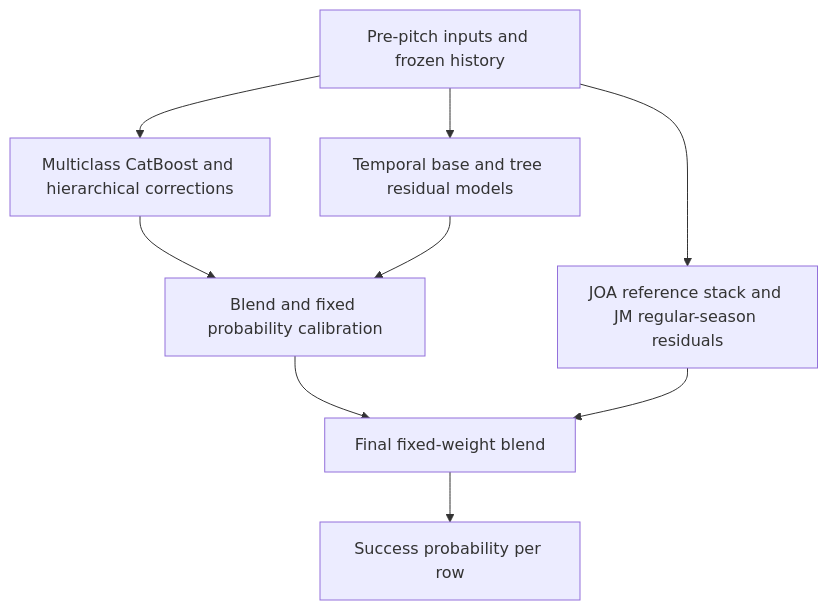
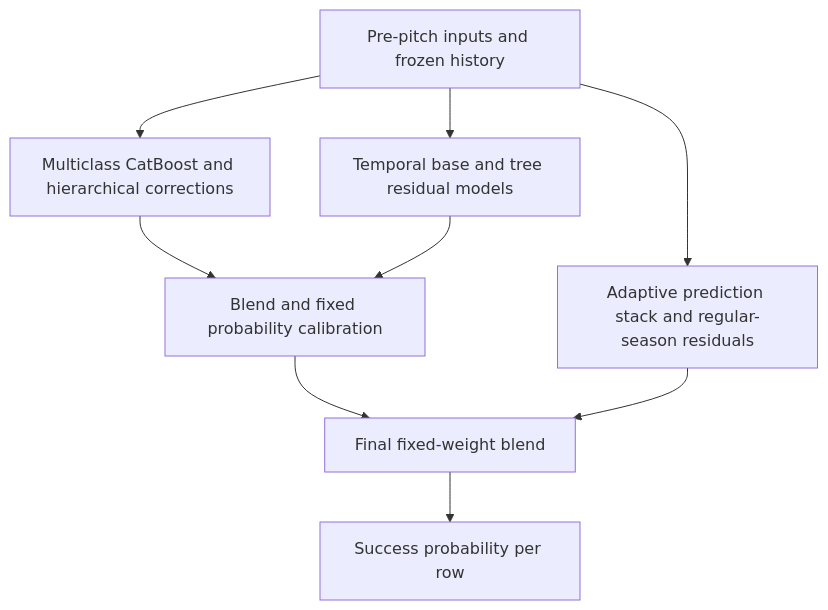
The diagram in README.md (this-acorn/LGAimers), drawn with Mermaid before and after one commit. The commit also changed other lines of this file and 3 other files, not shown here.

````diff
--- a/README.md
+++ b/README.md
@@ -64,11 +64,11 @@
 ```mermaid
 flowchart TD
     A[Pre-pitch inputs and frozen history] --> B[Multiclass CatBoost and hierarchical corrections]
     A --> C[Temporal base and tree residual models]
     B --> D[Blend and fixed probability calibration]
     C --> D
-    A --> E[JOA reference stack and JM regular-season residuals]
+    A --> E[Adaptive prediction stack and regular-season residuals]
     D --> F[Final fixed-weight blend]
     E --> F
     F --> G[Success probability per row]
 ```
````
